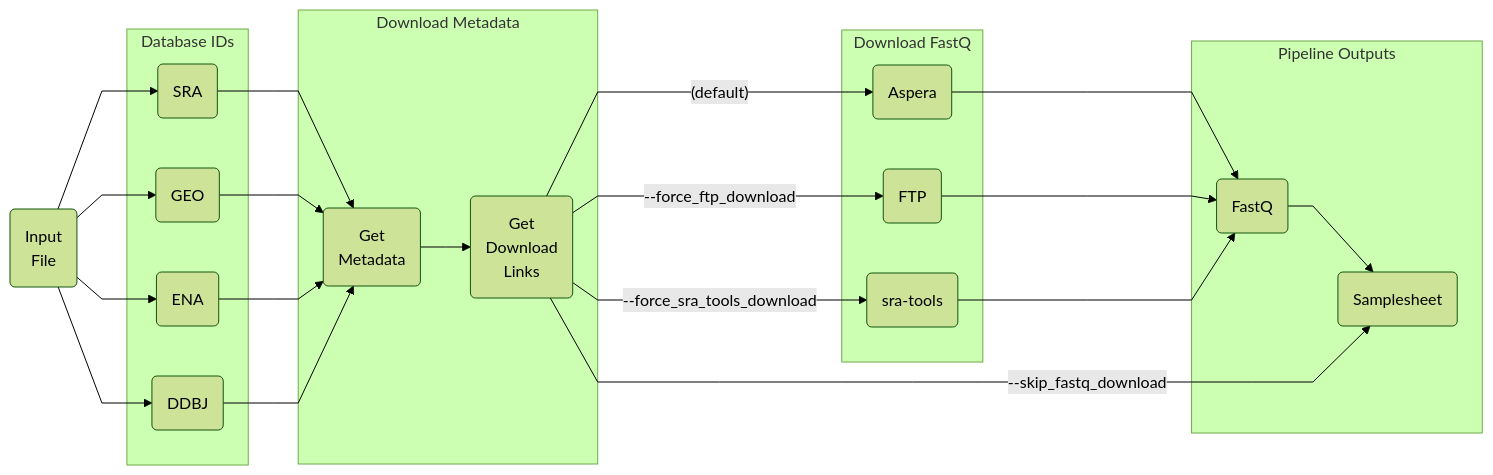
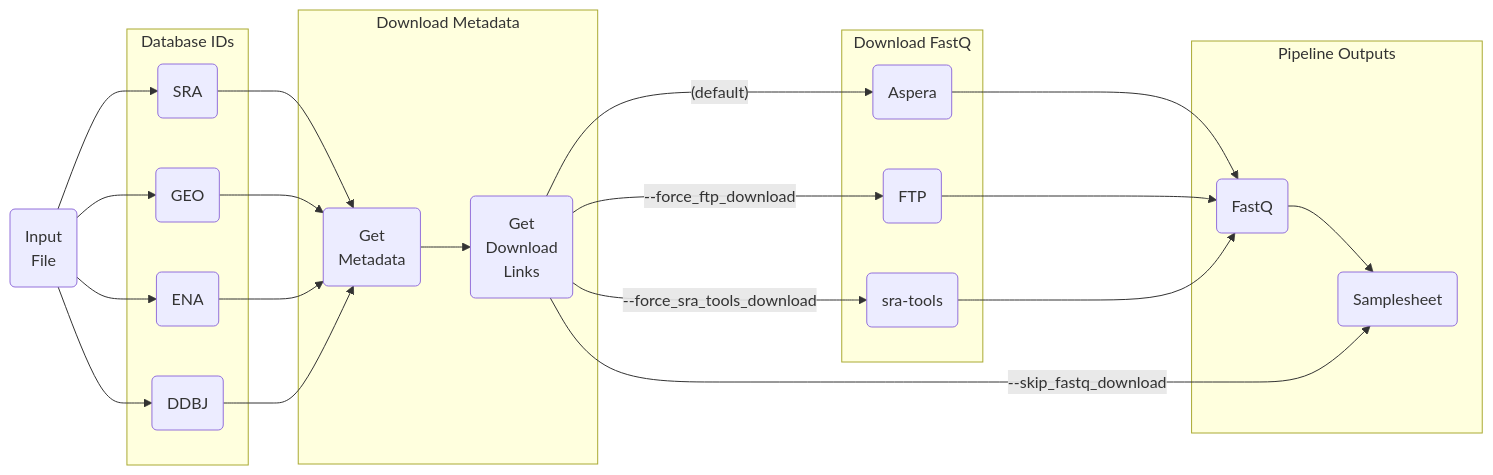
The diagram in README.md (nf-core/fetchngs), drawn with Mermaid before and after one commit.

Commit message:
Remove some theme stuff

````diff
--- a/README.md
+++ b/README.md
@@ -26,43 +26,41 @@
 ```mermaid
 %%{
   init: {
     "theme": "forest",
-    "fontFamily": "monospace",
     "logLevel": "info",
     "flowchart": {
       "htmlLabels": true,
-      "curve": "linear"
     },
     "sequence": {
       "mirrorActors": true
     }
   }
 }%%
 flowchart LR
     IDS("Input 
     File") --> SRA & GEO & ENA & DDBJ
     subgraph SG_DBIDS[Database IDs]
       SRA("SRA")
       GEO("GEO")
       ENA("ENA")
       DDBJ("DDBJ")
     end
     subgraph SG_METADATA[Download Metadata]
       SRA & GEO & ENA & DDBJ --> META("Get 
       Metadata")
       META --> LINKS("Get 
       Download
       Links")
     end
     subgraph SG_FETCH_FASTQ[Download FastQ]
       LINKS --> |"(default)"| ASPERA("Aspera")
       LINKS --> |--force_ftp_download| FTP("FTP")
       LINKS --> |--force_sra_tools_download| SRATOOLS("sra-tools")
     end
     subgraph SG_FASTQ[Pipeline Outputs]
       ASPERA & FTP & SRATOOLS --> FASTQ("FastQ")
       FASTQ --> SAMPLESHEET("Samplesheet")
     end
     LINKS --> |--skip_fastq_download| SAMPLESHEET
     
 ```
````
